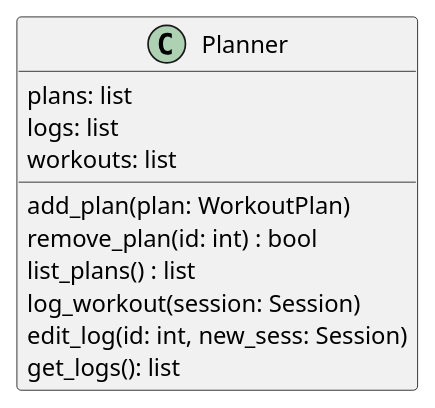
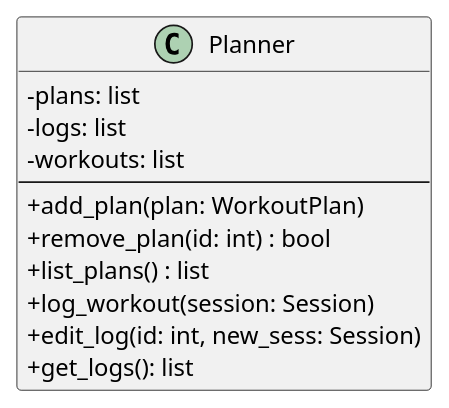
Before and after one commit to kevinru2023/Legion-Of-Code: the diagram in docs/class-diagrams/plannerClassDiagram.puml, drawn with PlantUML.

Commit message:
Added visibility to class

```diff
--- a/docs/class-diagrams/plannerClassDiagram.puml
+++ b/docs/class-diagrams/plannerClassDiagram.puml
@@ -1,14 +1,16 @@
 @startuml
+skinparam classAttributeIconSize 0
+
 class Planner {
-  {field} plans: list
-  {field} logs: list
-  {field} workouts: list
-
-  {method} add_plan(plan: WorkoutPlan)
-  {method} remove_plan(id: int) : bool
-  {method} list_plans() : list
-  {method} log_workout(session: Session)
-  {method} edit_log(id: int, new_sess: Session)
-  {method} get_logs(): list
+   -plans: list
+   -logs: list
+   -workouts: list
+   --
+   +add_plan(plan: WorkoutPlan)
+   +remove_plan(id: int) : bool
+   +list_plans() : list
+   +log_workout(session: Session)
+   +edit_log(id: int, new_sess: Session)
+   +get_logs(): list
 }
 @enduml
```
